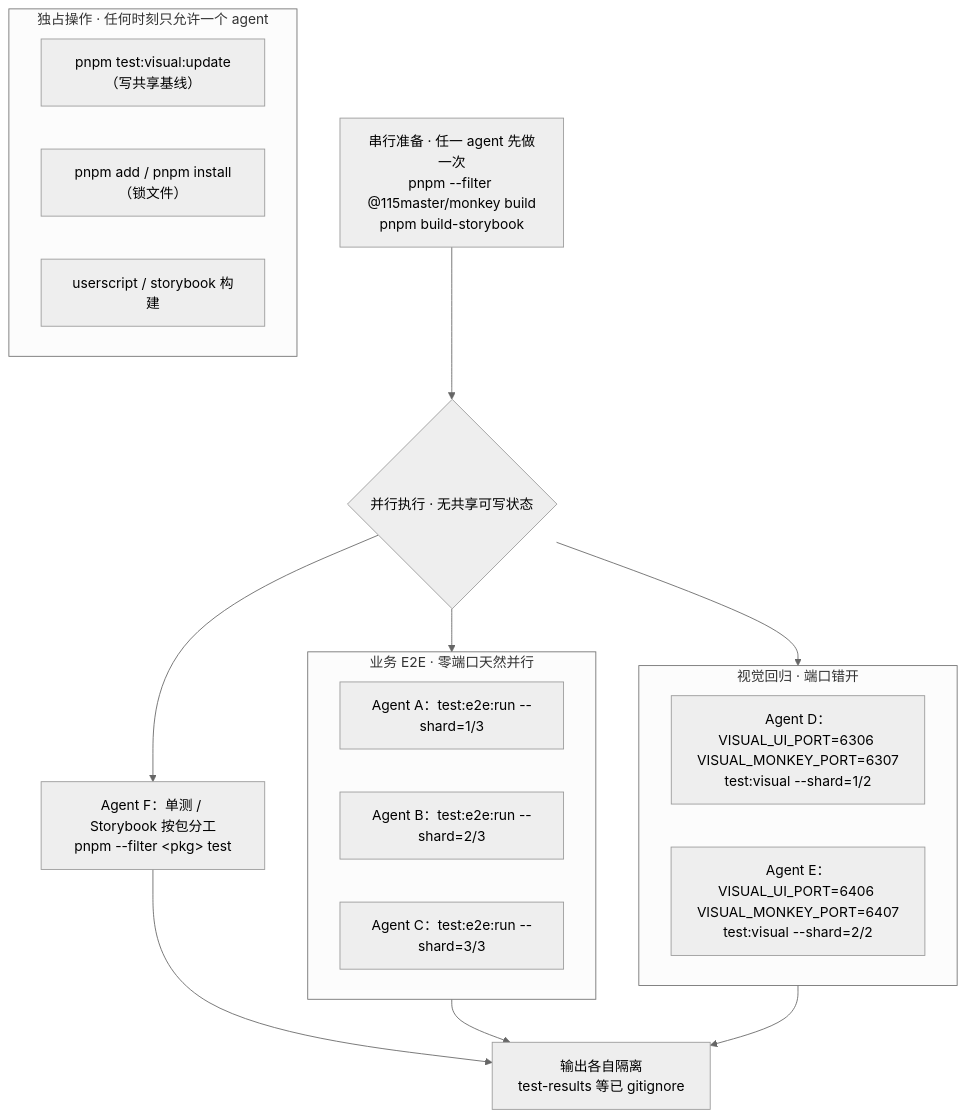
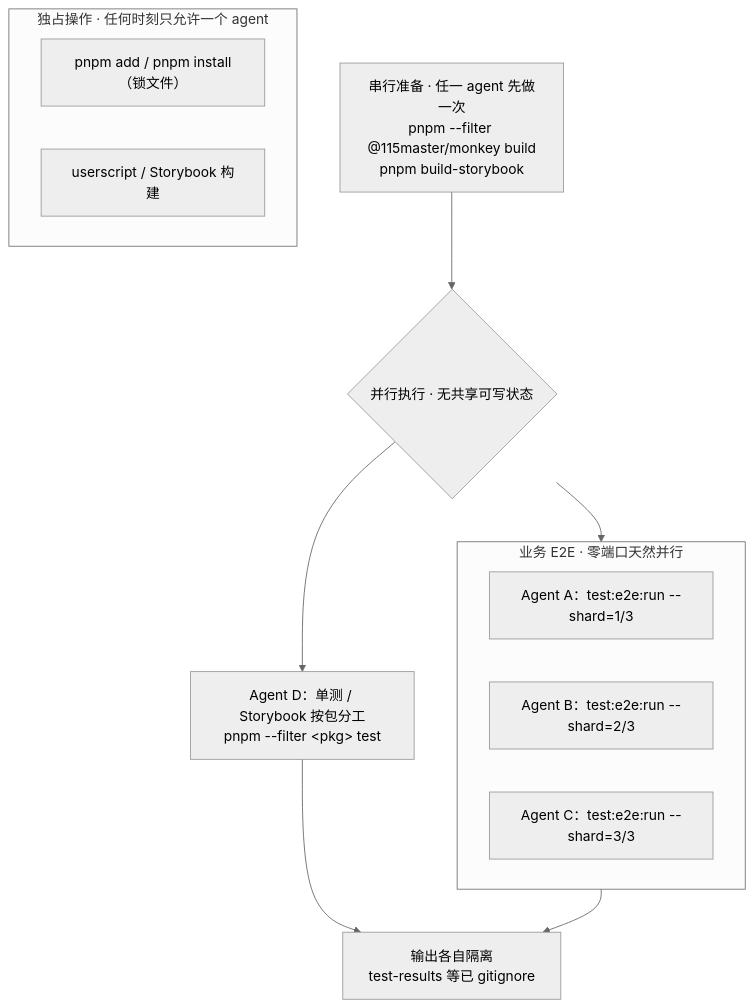
The third of 3 diagrams in docs/agents/verification-architecture.md (cbingb666/115master), drawn with Mermaid (neutral theme) before and after one commit. The commit also changed other lines of this file and 293 other files, not shown here.

````diff
--- a/docs/agents/verification-architecture.md
+++ b/docs/agents/verification-architecture.md
@@ -66,31 +62,24 @@
 ```mermaid
 flowchart TD
   PRE["串行准备 · 任一 agent 先做一次<br/>pnpm --filter @115master/monkey build<br/>pnpm build-storybook"]
 
   PRE --> GO{"并行执行 · 无共享可写状态"}
 
   subgraph E2E["业务 E2E · 零端口天然并行"]
     EA["Agent A：test:e2e:run --shard=1/3"]
     EB["Agent B：test:e2e:run --shard=2/3"]
     EC["Agent C：test:e2e:run --shard=3/3"]
   end
 
-  subgraph VIS["视觉回归 · 端口错开"]
-    VA["Agent D：VISUAL_UI_PORT=6306 VISUAL_MONKEY_PORT=6307<br/>test:visual --shard=1/2"]
-    VB["Agent E：VISUAL_UI_PORT=6406 VISUAL_MONKEY_PORT=6407<br/>test:visual --shard=2/2"]
-  end
-
-  UNIT["Agent F：单测 / Storybook 按包分工<br/>pnpm --filter &lt;pkg&gt; test"]
+  UNIT["Agent D：单测 / Storybook 按包分工<br/>pnpm --filter &lt;pkg&gt; test"]
 
   GO --> E2E
-  GO --> VIS
   GO --> UNIT
 
-  E2E & VIS & UNIT --> OUT["输出各自隔离<br/>test-results 等已 gitignore"]
+  E2E & UNIT --> OUT["输出各自隔离<br/>test-results 等已 gitignore"]
 
   subgraph LOCK["独占操作 · 任何时刻只允许一个 agent"]
-    L1["pnpm test:visual:update（写共享基线）"]
-    L2["pnpm add / pnpm install（锁文件）"]
-    L3["userscript / storybook 构建"]
+    L1["pnpm add / pnpm install（锁文件）"]
+    L2["userscript / Storybook 构建"]
   end
 ```
````
